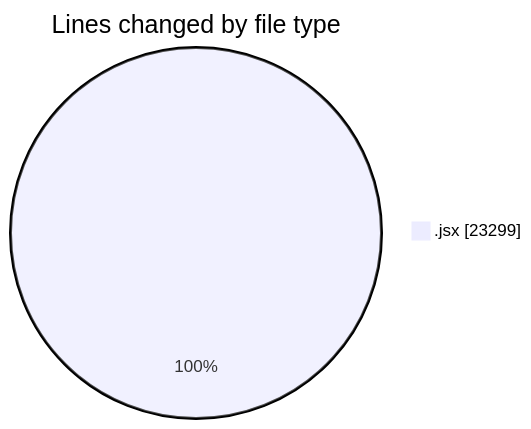
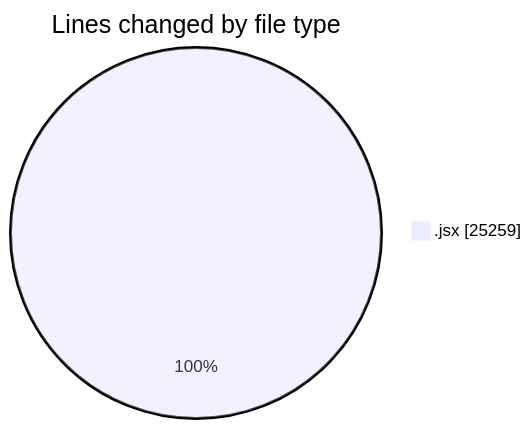
One commit to nxtqubesakshisongat/code-tracking changed the first of 2 diagrams in 2025-09-29/nxtqube_webapp/README.md. Above: the diagram before and after it, drawn with Mermaid. The commit also changed other lines of this file and 1 other file, not shown here.

````diff
--- a/2025-09-29/nxtqube_webapp/README.md
+++ b/2025-09-29/nxtqube_webapp/README.md
@@ -20,5 +20,5 @@
 ```mermaid
 pie showData
 title Lines changed by file type
-".jsx" : 23299
+".jsx" : 25259
 ```
````
